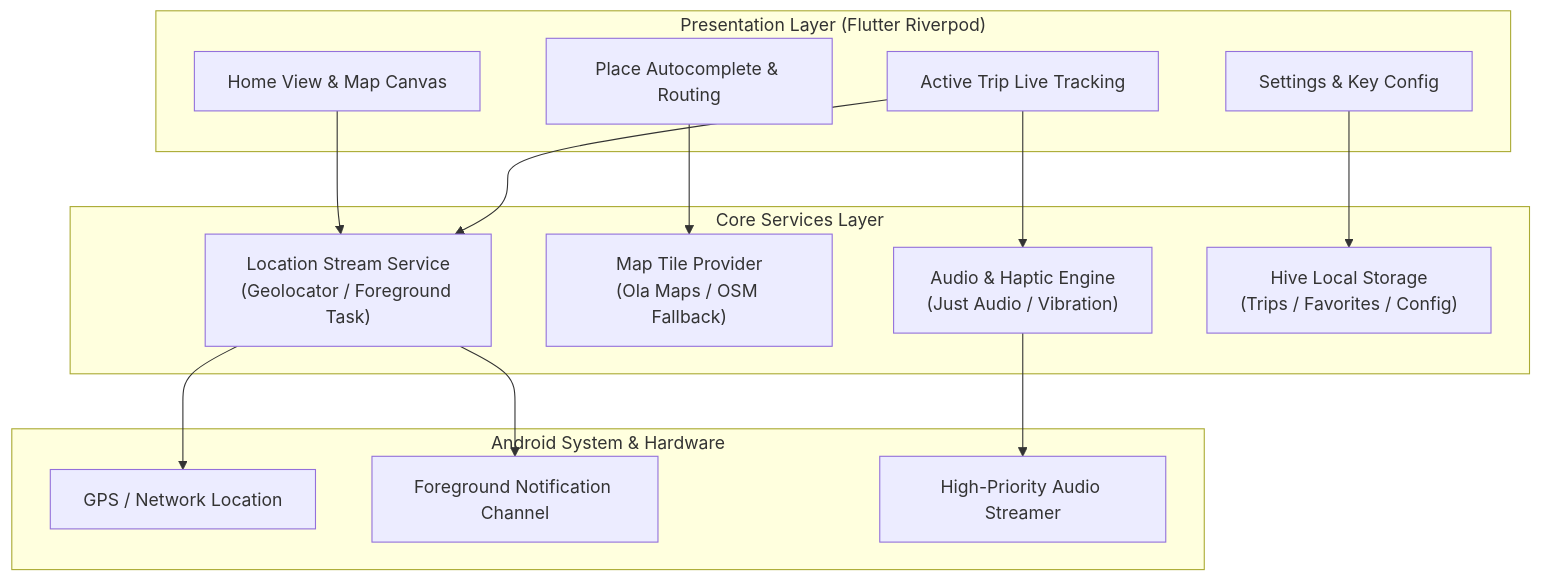
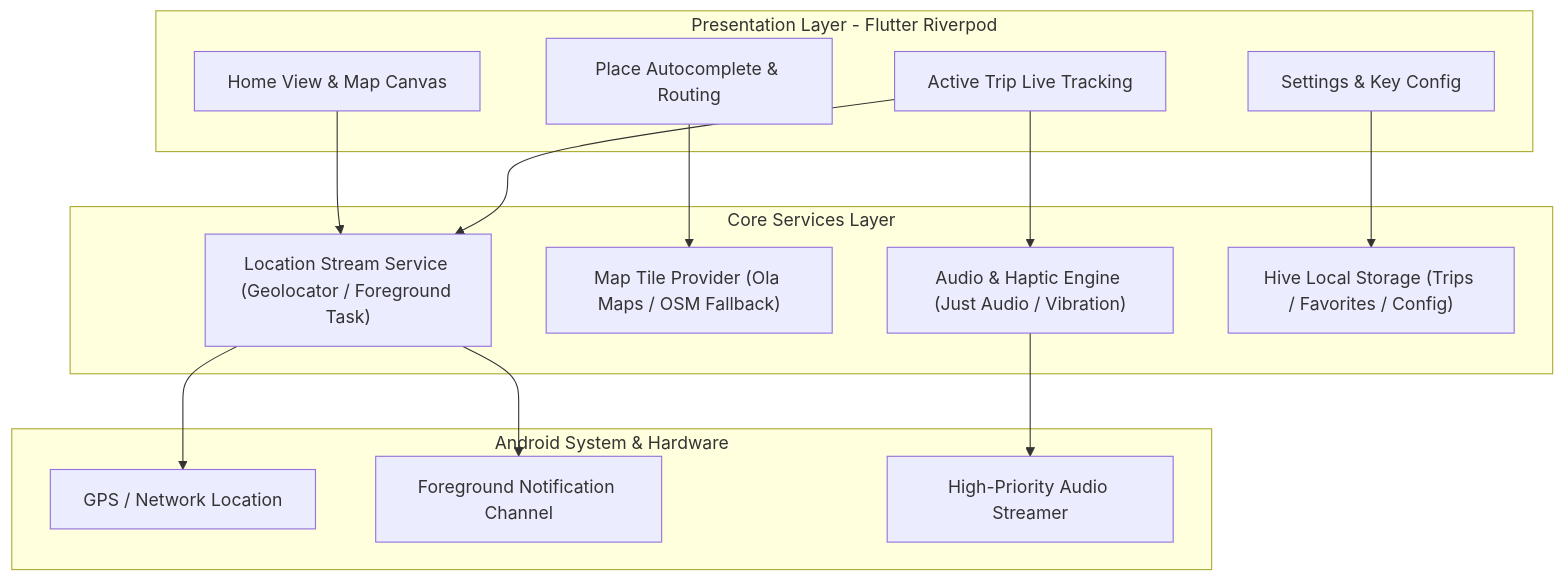
One commit to adithyen/WakeUP-Buddy changed the diagram in README.md. Above: the diagram before and after it, drawn with Mermaid.

Commit message:
docs: clean up Mermaid diagram formatting

````diff
--- a/README.md
+++ b/README.md
@@ -69,32 +69,32 @@
 ```mermaid
 flowchart TD
-    subgraph UI ["Presentation Layer (Flutter Riverpod)"]
+    subgraph UI ["Presentation Layer - Flutter Riverpod"]
         HomeScreen["Home View & Map Canvas"]
         SearchScreen["Place Autocomplete & Routing"]
         ActiveTrip["Active Trip Live Tracking"]
         SettingsScreen["Settings & Key Config"]
     end
 
     subgraph CoreServices ["Core Services Layer"]
-        LocService["Location Stream Service\n(Geolocator / Foreground Task)"]
-        MapService["Map Tile Provider\n(Ola Maps / OSM Fallback)"]
-        AlarmService["Audio & Haptic Engine\n(Just Audio / Vibration)"]
-        StorageService["Hive Local Storage\n(Trips / Favorites / Config)"]
+        LocService["Location Stream Service (Geolocator / Foreground Task)"]
+        MapService["Map Tile Provider (Ola Maps / OSM Fallback)"]
+        AlarmService["Audio & Haptic Engine (Just Audio / Vibration)"]
+        StorageService["Hive Local Storage (Trips / Favorites / Config)"]
     end
 
     subgraph HardwareOS ["Android System & Hardware"]
         GPS["GPS / Network Location"]
         NotificationMgr["Foreground Notification Channel"]
         AudioStream["High-Priority Audio Streamer"]
     end
 
     HomeScreen --> LocService
     SearchScreen --> MapService
     ActiveTrip --> LocService
     ActiveTrip --> AlarmService
     SettingsScreen --> StorageService
     
     LocService --> GPS
     LocService --> NotificationMgr
     AlarmService --> AudioStream
 ```
````
